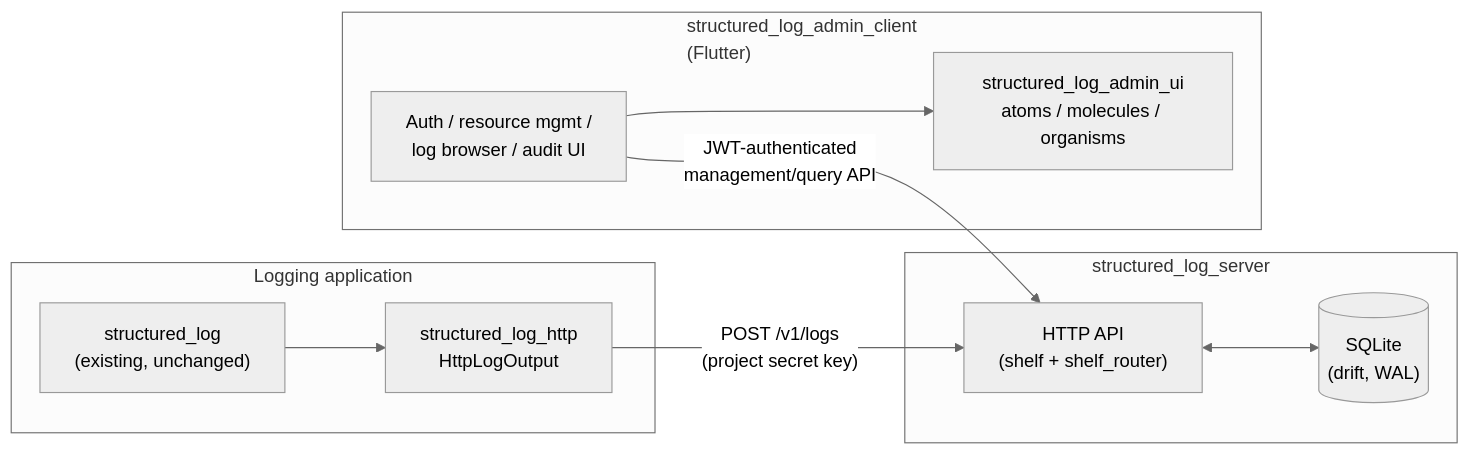
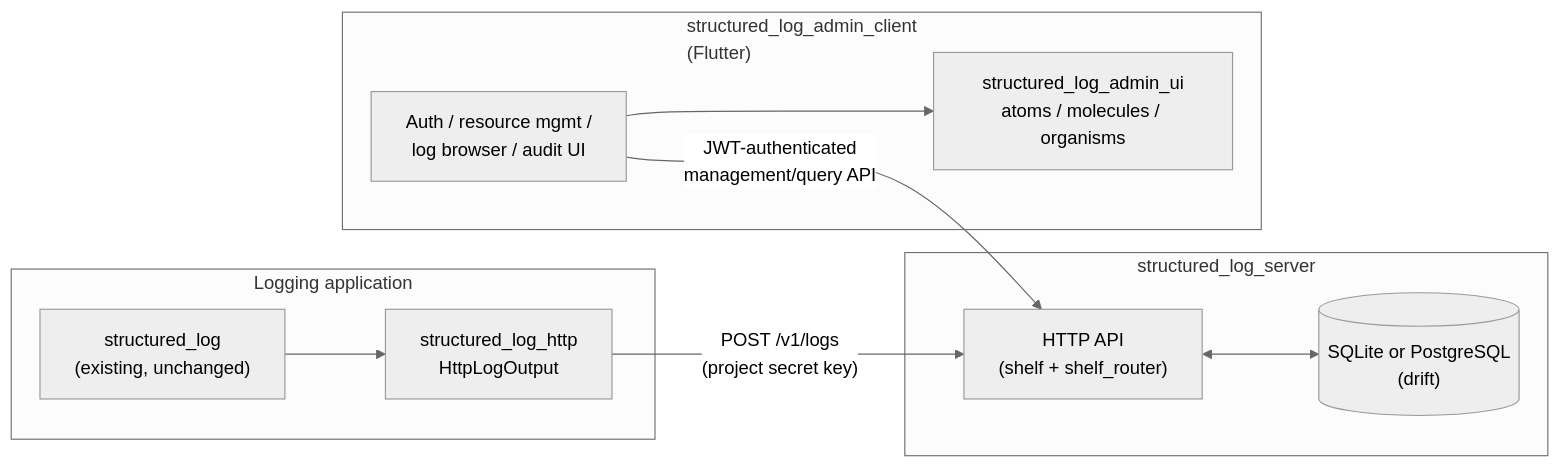
Before and after one commit to pese-git/structured_log: the first of 3 diagrams in docs/architecture/README.md, drawn with Mermaid (neutral theme). The commit also changed other lines of this file and 20 other files, not shown here.

````diff
--- a/docs/architecture/README.md
+++ b/docs/architecture/README.md
@@ -15,23 +15,23 @@
 ```mermaid
 flowchart LR
     subgraph App["Logging application"]
         SL["structured_log\n(existing, unchanged)"]
         HTTP["structured_log_http\nHttpLogOutput"]
         SL --> HTTP
     end
 
     subgraph Server["structured_log_server"]
         API["HTTP API\n(shelf + shelf_router)"]
-        DB[("SQLite\n(drift, WAL)")]
+        DB[("SQLite or PostgreSQL\n(drift)")]
         API <--> DB
     end
 
     subgraph Admin["structured_log_admin_client\n(Flutter)"]
         UI["Auth / resource mgmt /\nlog browser / audit UI"]
         KIT["structured_log_admin_ui\natoms / molecules / organisms"]
         UI --> KIT
     end
 
     HTTP -- "POST /v1/logs\n(project secret key)" --> API
     UI -- "JWT-authenticated\nmanagement/query API" --> API
 ```
````
